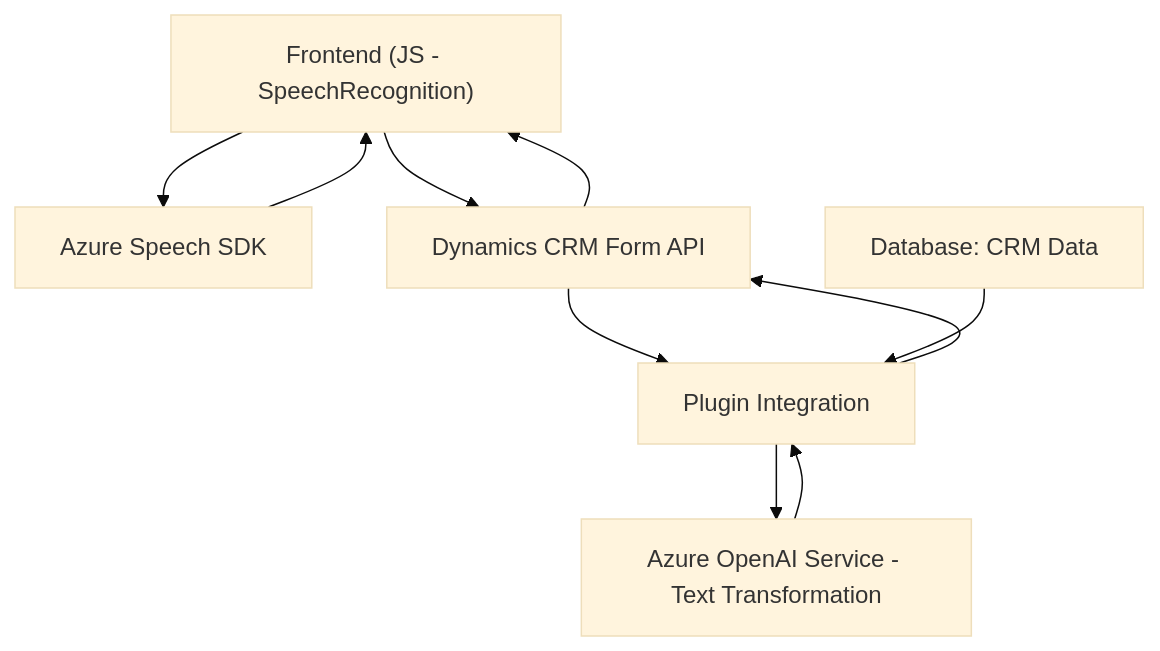
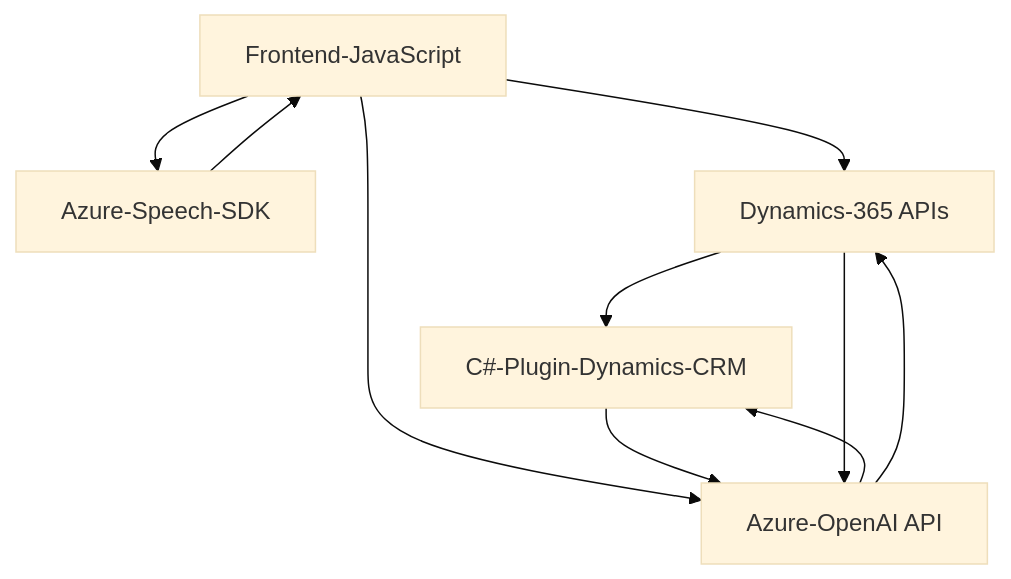
One commit to blopezdm/NETCORE_BILBAO2025 changed the diagram in README.md. Above: the diagram before and after it, drawn with Mermaid (base theme). The commit also changed other lines of this file, not shown here.

````diff
--- a/README.md
+++ b/README.md
@@ -62,12 +38,18 @@
 ```mermaid
 graph TD
-  A["Frontend (JS - SpeechRecognition)"] --> B["Azure Speech SDK"]
-  A --> C["Dynamics CRM Form API"]
-  C --> D["Plugin Integration"]
-  D --> E["Azure OpenAI Service - Text Transformation"]
-  E --> D
-  D --> C
-  B --> A
-  C --> A
-  F["Database: CRM Data"] --> D
+    A[Frontend-JavaScript]
+    B[Azure-Speech-SDK]
+    C[Dynamics-365 APIs]
+    D[Azure-OpenAI API]
+    E[C#-Plugin-Dynamics-CRM]
+
+    A --> B
+    B --> A
+    A --> C
+    C --> E
+    A --> D
+    E --> D
+    D --> E
+    C --> D
+    D --> C
 ```
````
